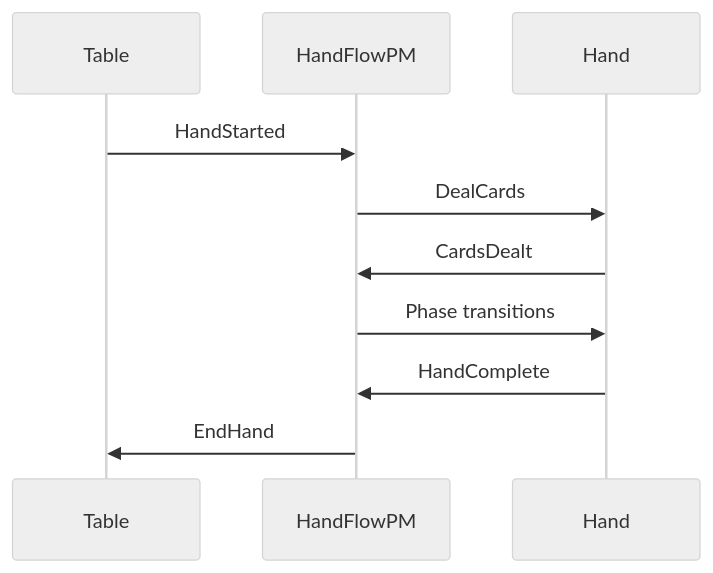
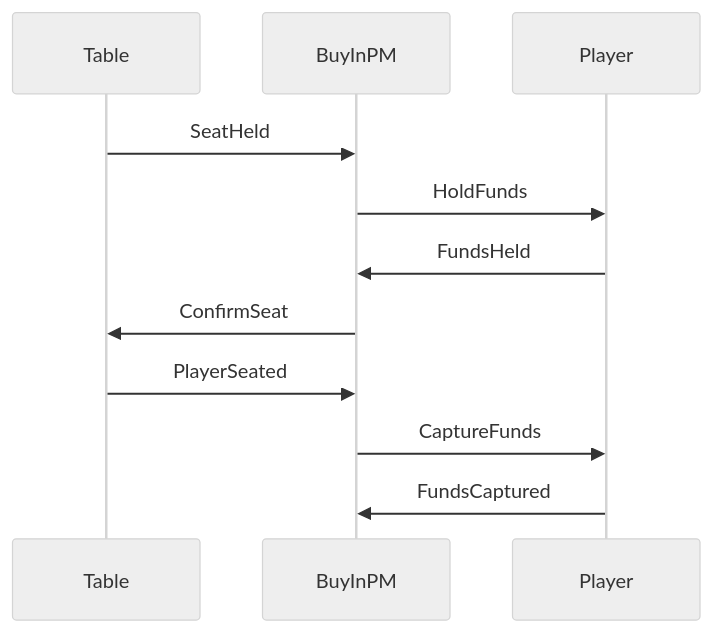
The diagram in site/src/content/docs/components/process-manager.mdx (angzarr-io/angzarr-project), drawn with Mermaid (neutral theme) before and after one commit. The commit also changed other lines of this file and 30 other files, not shown here.

````diff
--- a/site/src/content/docs/components/process-manager.mdx
+++ b/site/src/content/docs/components/process-manager.mdx
@@ -50,13 +50,14 @@
 ```mermaid
 sequenceDiagram
     participant T as Table
-    participant PM as HandFlowPM
-    participant H as Hand
+    participant PM as BuyInPM
+    participant P as Player
 
-    T->>PM: HandStarted
-    PM->>H: DealCards
-    H->>PM: CardsDealt
-    PM->>H: Phase transitions
-    H->>PM: HandComplete
-    PM->>T: EndHand
+    T->>PM: SeatHeld
+    PM->>P: HoldFunds
+    P->>PM: FundsHeld
+    PM->>T: ConfirmSeat
+    T->>PM: PlayerSeated
+    PM->>P: CaptureFunds
+    P->>PM: FundsCaptured
 ```
````
